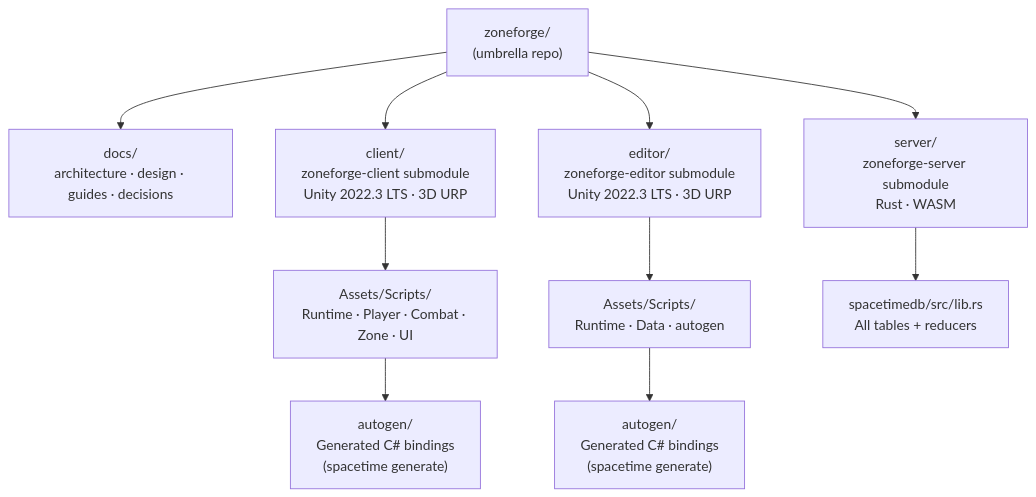
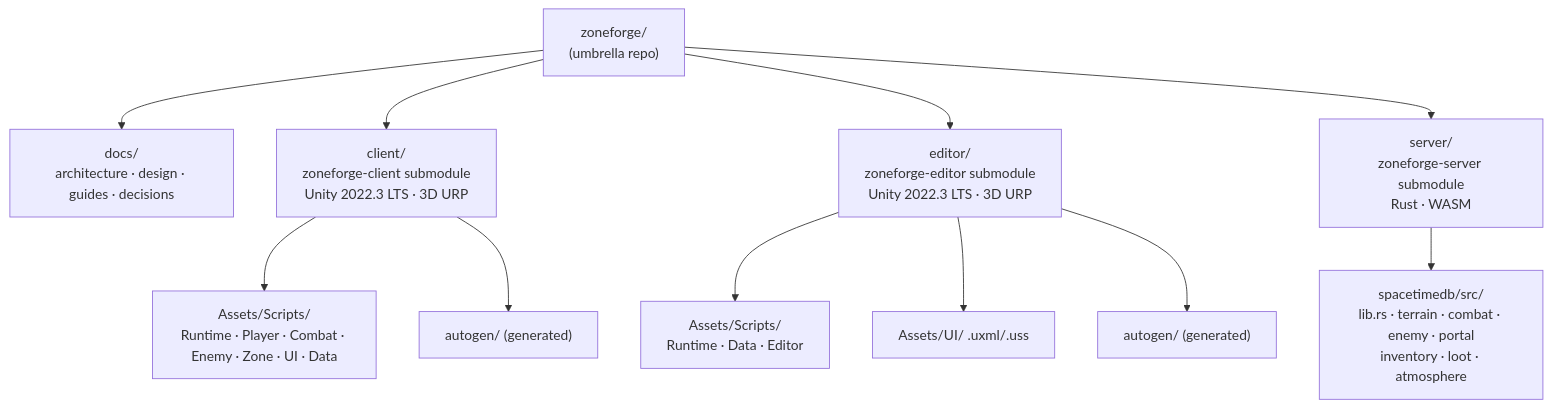
One commit to bjsmithxyz/zoneforge changed the eighth of 8 diagrams in docs/architecture/Diagrams.md. Above: the diagram before and after it, drawn with Mermaid. The commit also changed other lines of this file and 11 other files, not shown here.

First line of the commit message:
docs: refresh all docs for Phase 5 (architecture, design, guides, ADRs)

````diff
--- a/docs/architecture/Diagrams.md
+++ b/docs/architecture/Diagrams.md
@@ -252,16 +482,16 @@
 ```mermaid
 graph TD
     Root["zoneforge/\n(umbrella repo)"]
 
     Root --> Docs["docs/\narchitecture · design · guides · decisions"]
     Root --> Client["client/\nzoneforge-client submodule\nUnity 2022.3 LTS · 3D URP"]
     Root --> Editor["editor/\nzoneforge-editor submodule\nUnity 2022.3 LTS · 3D URP"]
     Root --> Server["server/\nzoneforge-server submodule\nRust · WASM"]
 
-    Client  --> CA["Assets/Scripts/\nRuntime · Player · Combat · Zone · UI"]
-    Editor  --> EA["Assets/Scripts/\nRuntime · Data · autogen"]
-    Server  --> SA["spacetimedb/src/lib.rs\nAll tables + reducers"]
-
-    CA --> Autogen_C["autogen/\nGenerated C# bindings\n(spacetime generate)"]
-    EA --> Autogen_E["autogen/\nGenerated C# bindings\n(spacetime generate)"]
+    Client --> CScripts["Assets/Scripts/\nRuntime · Player · Combat · Enemy · Zone · UI · Data"]
+    Client --> CAuto["autogen/ (generated)"]
+    Editor --> EScripts["Assets/Scripts/\nRuntime · Data · Editor"]
+    Editor --> EUI["Assets/UI/ .uxml/.uss"]
+    Editor --> EAuto["autogen/ (generated)"]
+    Server --> SRC["spacetimedb/src/\nlib.rs · terrain · combat · enemy · portal\ninventory · loot · atmosphere"]
 ```
````
